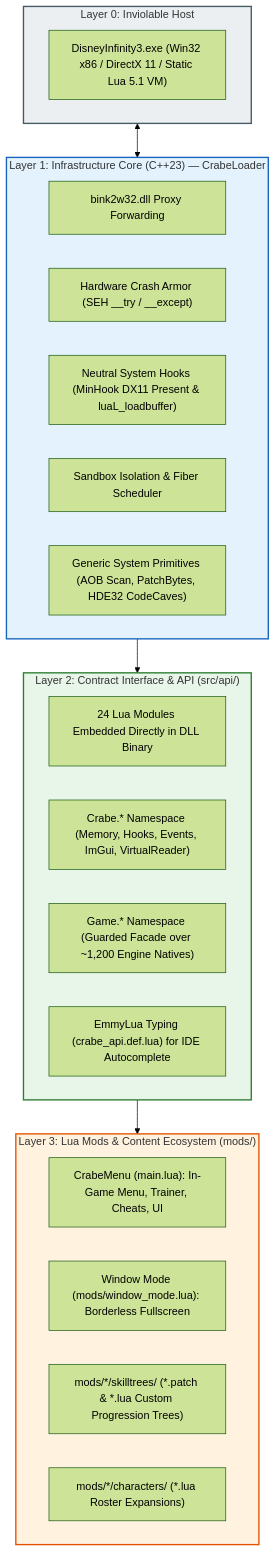
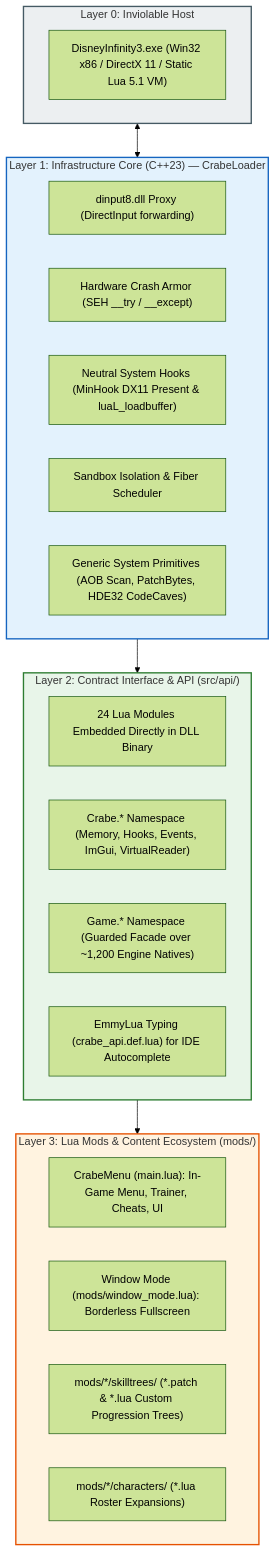
One commit to LucasLhomme/CrabeLoader changed the first of 2 diagrams in docs/ARCHITECTURE_BLUEPRINT.md. Above: the diagram before and after it, drawn with Mermaid (forest theme). The commit also changed 33 other files, not shown here.

````diff
--- a/docs/ARCHITECTURE_BLUEPRINT.md
+++ b/docs/ARCHITECTURE_BLUEPRINT.md
@@ -102,37 +102,37 @@
 ```mermaid
 flowchart TD
     subgraph L0["Layer 0: Inviolable Host"]
         GAME["DisneyInfinity3.exe (Win32 x86 / DirectX 11 / Static Lua 5.1 VM)"]
     end
 
     subgraph L1["Layer 1: Infrastructure Core (C++23) — CrabeLoader"]
-        INJECT["bink2w32.dll Proxy Forwarding"]
+        INJECT["dinput8.dll Proxy (DirectInput forwarding)"]
         SEH["Hardware Crash Armor (SEH __try / __except)"]
         HOOKS["Neutral System Hooks (MinHook DX11 Present & luaL_loadbuffer)"]
         SANDBOX_CORE["Sandbox Isolation & Fiber Scheduler"]
         PRIMITIVES["Generic System Primitives (AOB Scan, PatchBytes, HDE32 CodeCaves)"]
     end
 
     subgraph L2["Layer 2: Contract Interface & API (src/api/)"]
         EMBED_API["24 Lua Modules Embedded Directly in DLL Binary"]
         CRABE_SURFACE["Crabe.* Namespace (Memory, Hooks, Events, ImGui, VirtualReader)"]
         GAME_SURFACE["Game.* Namespace (Guarded Facade over ~1,200 Engine Natives)"]
         TYPES["EmmyLua Typing (crabe_api.def.lua) for IDE Autocomplete"]
     end
 
     subgraph L3["Layer 3: Lua Mods & Content Ecosystem (mods/)"]
         CRABEMENU["CrabeMenu (main.lua): In-Game Menu, Trainer, Cheats, UI"]
         WINDOW_MODE["Window Mode (mods/window_mode.lua): Borderless Fullscreen"]
         CUSTOM_SKILLS["mods/*/skilltrees/ (*.patch & *.lua Custom Progression Trees)"]
         CUSTOM_HEROES["mods/*/characters/ (*.lua Roster Expansions)"]
     end
 
     L0 <--> L1
     L1 --> L2
     L2 --> L3
 
     style L0 fill:#eceff1,stroke:#455a64,stroke-width:2px;
     style L1 fill:#e3f2fd,stroke:#1565c0,stroke-width:2px;
     style L2 fill:#e8f5e9,stroke:#2e7d32,stroke-width:2px;
     style L3 fill:#fff3e0,stroke:#e65100,stroke-width:2px;
 ```
````
